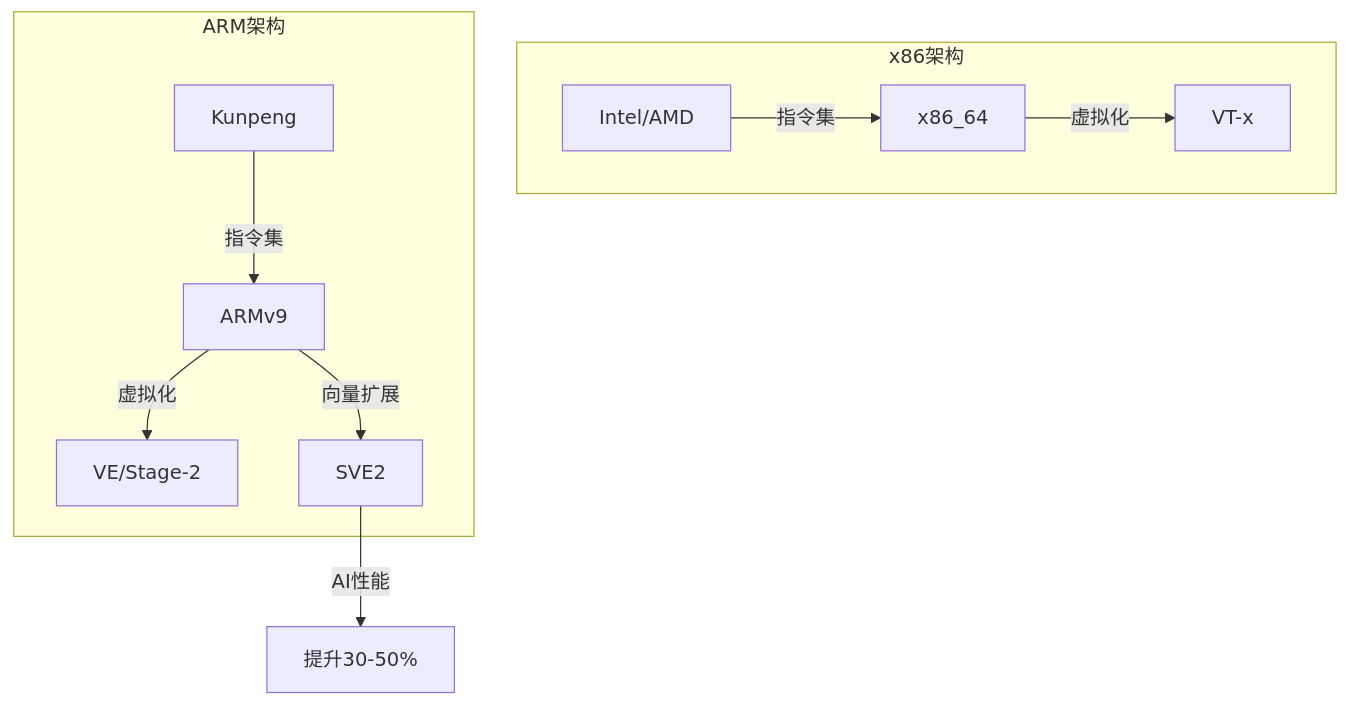
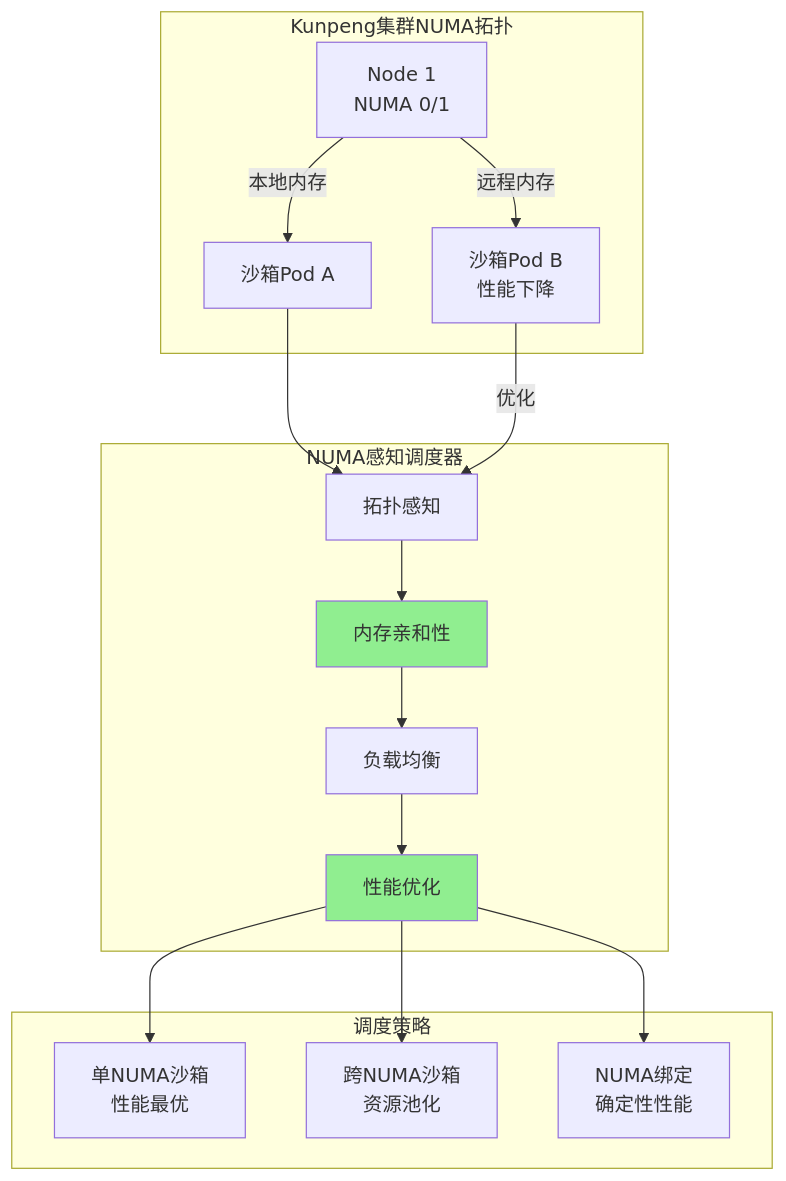
Diagram 14 of 21 in docs/superpowers/specs/2026-03-22-agent-sandbox-technical-roadmap.md (QJWang23/sandbox), drawn with Mermaid before and after one commit. The commit also changed other lines of this file, not shown here.

First line of the commit message:
Update technical roadmap with cluster-level infrastructure focus

````diff
--- a/docs/superpowers/specs/2026-03-22-agent-sandbox-technical-roadmap.md
+++ b/docs/superpowers/specs/2026-03-22-agent-sandbox-technical-roadmap.md
@@ -537,15 +625,25 @@
 ```mermaid
 graph TB
-    subgraph "x86架构"
-        A[Intel/AMD] -->|指令集| B[x86_64]
-        B -->|虚拟化| C[VT-x]
+    subgraph "Kunpeng集群NUMA拓扑"
+        A[Node 1<br/>NUMA 0/1] -->|本地内存| B[沙箱Pod A]
+        A -->|远程内存| C[沙箱Pod B<br/>性能下降]
     end
 
-    subgraph "ARM架构"
-        D[Kunpeng] -->|指令集| E[ARMv9]
-        E -->|虚拟化| F[VE/Stage-2]
-        E -->|向量扩展| G[SVE2]
+    subgraph "NUMA感知调度器"
+        D[拓扑感知] --> E[内存亲和性]
+        E --> F[负载均衡]
+        F --> G[性能优化]
     end
 
-    G -->|AI性能| H[提升30-50%]
+    subgraph "调度策略"
+        G --> H[单NUMA沙箱<br/>性能最优]
+        G --> I[跨NUMA沙箱<br/>资源池化]
+        G --> J[NUMA绑定<br/>确定性性能]
+    end
+
+    B --> D
+    C -->|优化| D
+
+    style E fill:#90EE90
+    style G fill:#90EE90
 ```
````
